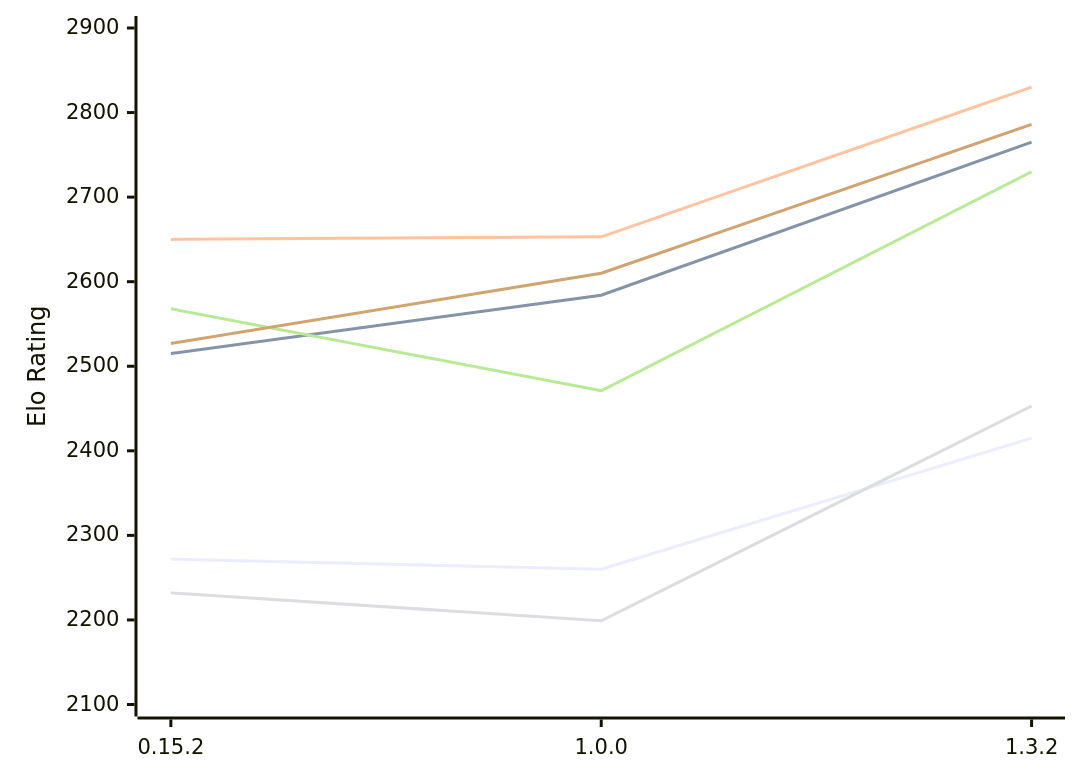
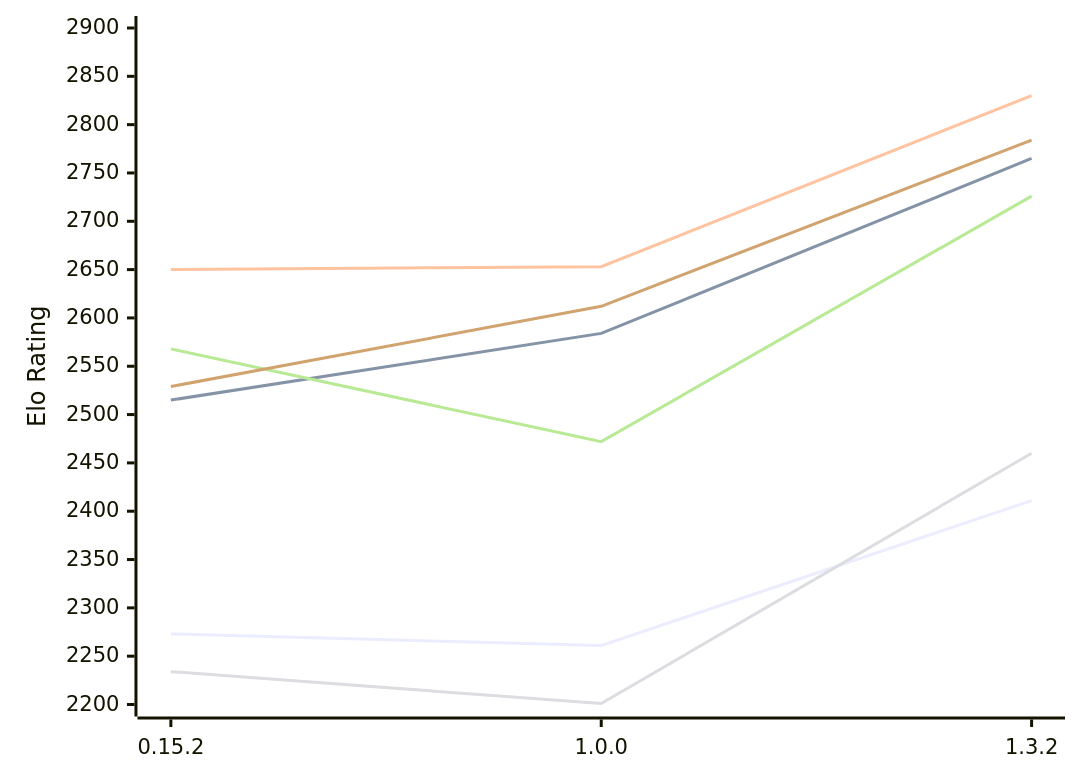
The diagram in engines/ElephantGambit.md (computer-chess-index/cci), drawn with Mermaid before and after one commit. The commit also changed other lines of this file, not shown here.

Commit message:
Update CCI Ratings (ELO VLTC) - 2026-11-19

````diff
--- a/engines/ElephantGambit.md
+++ b/engines/ElephantGambit.md
@@ -52,12 +52,12 @@
 ```mermaid
 %%{init: {"theme":"base","themeVariables":{"seriesColors:['#a3a3a3','#222221','#faa371']}}}%%
 xychart-beta
   x-axis ["0.15.2", "1.0.0", "1.3.2"]
-  y-axis "Elo Rating" 2100 --> 2900
-  line "E1: STC (8.0+0.08s)" [2272, 2260, 2415]
+  y-axis "Elo Rating" 2200 --> 2900
+  line "E1: STC (8.0+0.08s)" [2273, 2261, 2411]
   line "E1: LTC (60.0+0.60s)" [2515, 2584, 2765]
   line "E1: VLTC (2m24s+1.12s)" [2650, 2653, 2830]
-  line "P1: STC (8.0+0.08s)" [2232, 2199, 2453]
-  line "P1: LTC (60.0+0.60s)" [2568, 2471, 2730]
-  line "P1: VLTC (2m24s+1.12s)" [2527, 2610, 2786]
+  line "P1: STC (8.0+0.08s)" [2234, 2201, 2460]
+  line "P1: LTC (60.0+0.60s)" [2568, 2472, 2726]
+  line "P1: VLTC (2m24s+1.12s)" [2529, 2612, 2784]
 ```
````
